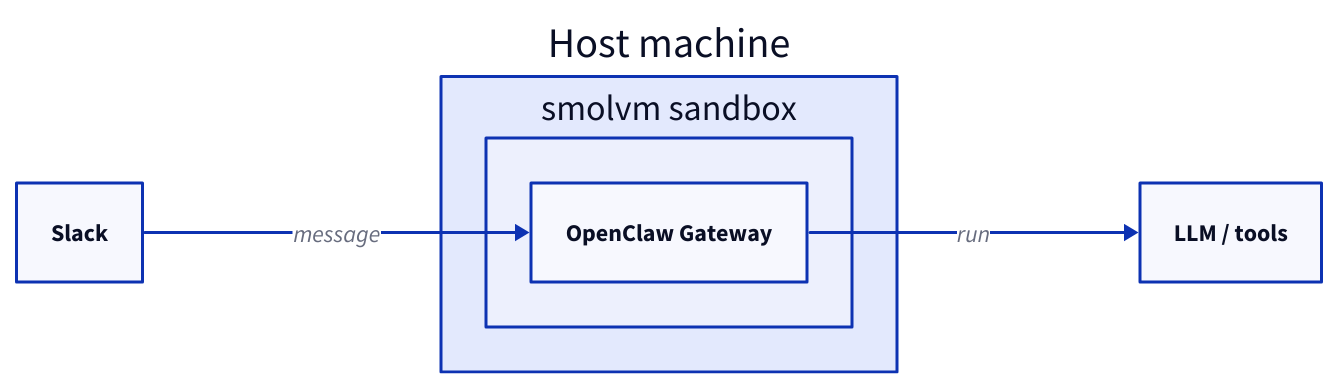
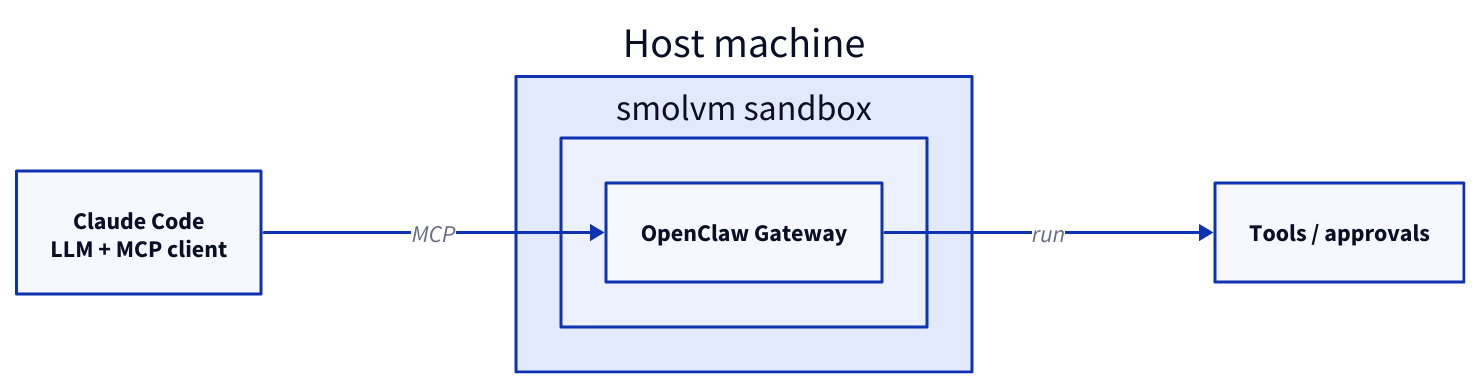
The diagram in 1_openclaw/architecture.d2 (daichihattori/aitools), drawn with D2 before and after one commit. The commit also changed 7 other files, not shown here.

```diff
--- a/1_openclaw/architecture.d2
+++ b/1_openclaw/architecture.d2
@@ -1,19 +1,19 @@
 direction: right
 
-slack: "Slack"
+claude: "Claude Code\nLLM + MCP client"
 
 host: {
   label: "Host machine"
   shape: rectangle
 
   smolvm: {
     label: "smolvm sandbox"
     shape: rectangle
     openclaw: "OpenClaw Gateway"
   }
 }
 
-backend: "LLM / tools"
+tools: "Tools / approvals"
 
-slack -> host.smolvm.openclaw: "message"
-host.smolvm.openclaw -> backend: "run"
+claude -> host.smolvm.openclaw: "MCP"
+host.smolvm.openclaw -> tools: "run"
```
